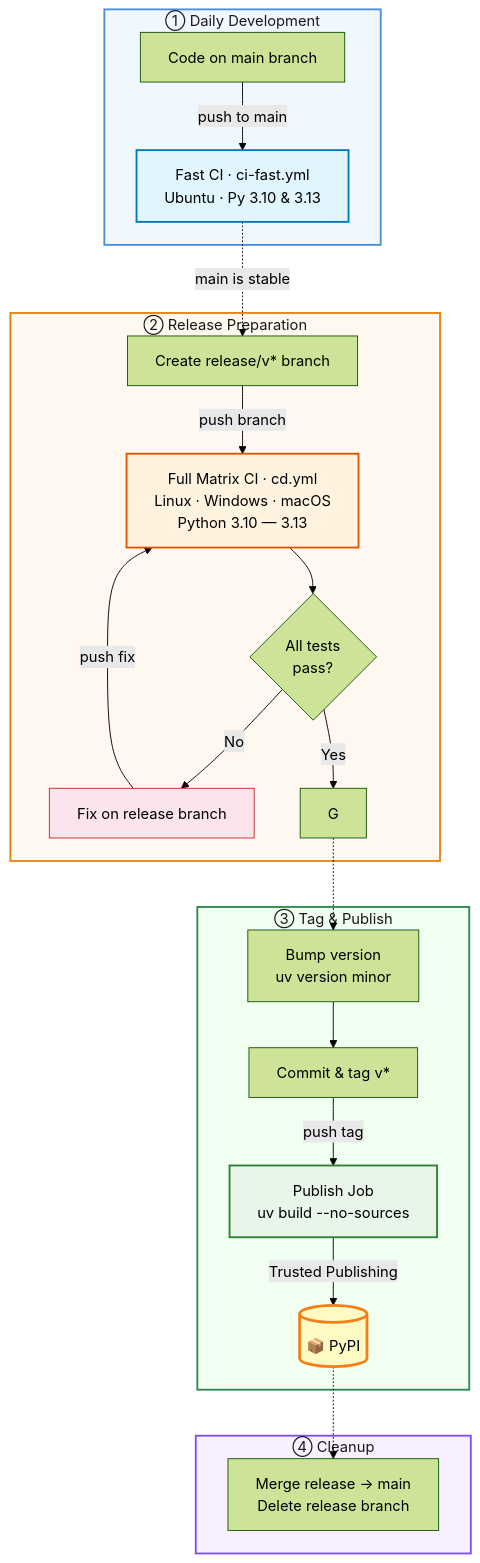
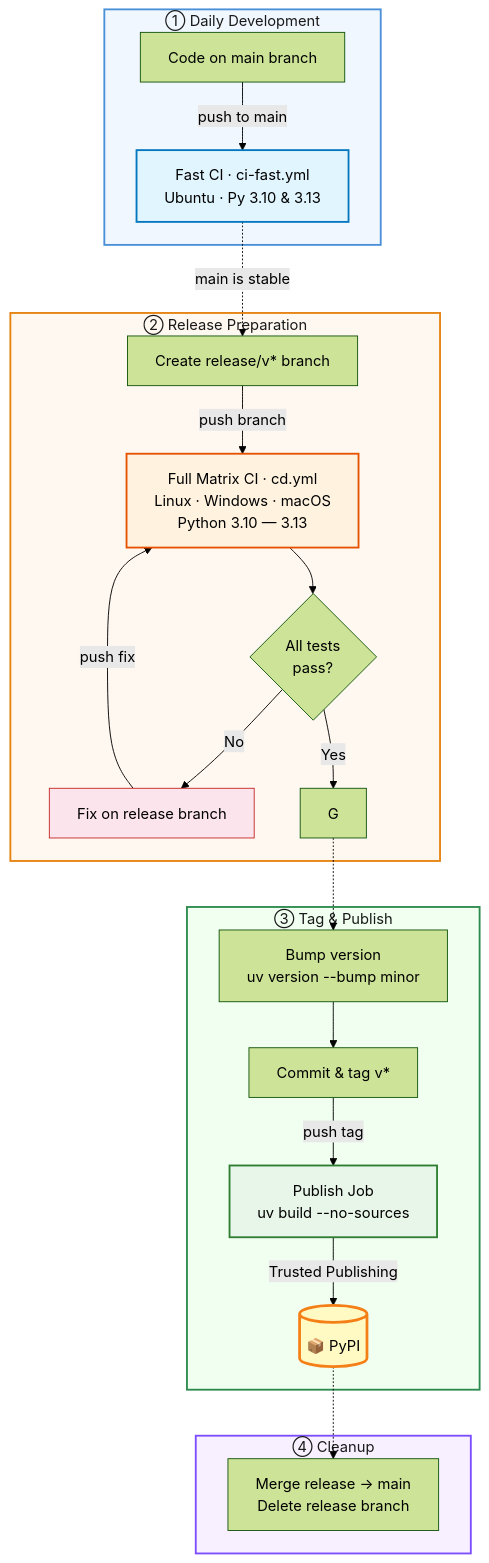
Before and after one commit to andrewendlinger/xmris: the diagram in docs/contributing/publishing.md, drawn with Mermaid (forest theme). The commit also changed other lines of this file, not shown here.

Commit message:
docs: typo in uv version bump command

````diff
--- a/docs/contributing/publishing.md
+++ b/docs/contributing/publishing.md
@@ -79,41 +79,41 @@
 ```mermaid
 flowchart TD
     subgraph dev ["① Daily Development"]
         A[Code on main branch] -->|push to main| B[Fast CI · ci-fast.yml<br>Ubuntu · Py 3.10 & 3.13]
     end
 
     B -.->|main is stable| C
 
     subgraph release ["② Release Preparation"]
         C[Create release/v* branch] -->|push branch| D[Full Matrix CI · cd.yml<br>Linux · Windows · macOS<br>Python 3.10 — 3.13]
         D --> E{All tests<br>pass?}
         E -->|No| F[Fix on release branch]
         F -->|push fix| D
         E -->|Yes| G
     end
 
     G -.-> H
 
     subgraph publish ["③ Tag & Publish"]
-        H[Bump version<br>uv version minor] --> I[Commit & tag v*]
+        H[Bump version<br>uv version --bump minor] --> I[Commit & tag v*]
         I -->|push tag| J[Publish Job<br>uv build --no-sources]
         J -->|Trusted Publishing| K[(📦 PyPI)]
     end
 
     K -.-> L
 
     subgraph cleanup ["④ Cleanup"]
         L[Merge release → main<br>Delete release branch]
     end
 
     style dev fill:#f0f7ff,stroke:#4a90d9,stroke-width:2px,color:#1a1a1a
     style release fill:#fff8f0,stroke:#e6820e,stroke-width:2px,color:#1a1a1a
     style publish fill:#f0fff0,stroke:#2d8a4e,stroke-width:2px,color:#1a1a1a
     style cleanup fill:#f8f0ff,stroke:#7c4dff,stroke-width:2px,color:#1a1a1a
 
     style B fill:#e1f5fe,stroke:#0277bd,stroke-width:2px
     style D fill:#fff3e0,stroke:#e65100,stroke-width:2px
     style F fill:#fce4ec,stroke:#c62828
     style J fill:#e8f5e9,stroke:#2e7d32,stroke-width:2px
     style K fill:#fff9c4,stroke:#f57f17,stroke-width:3px
 ```
````
